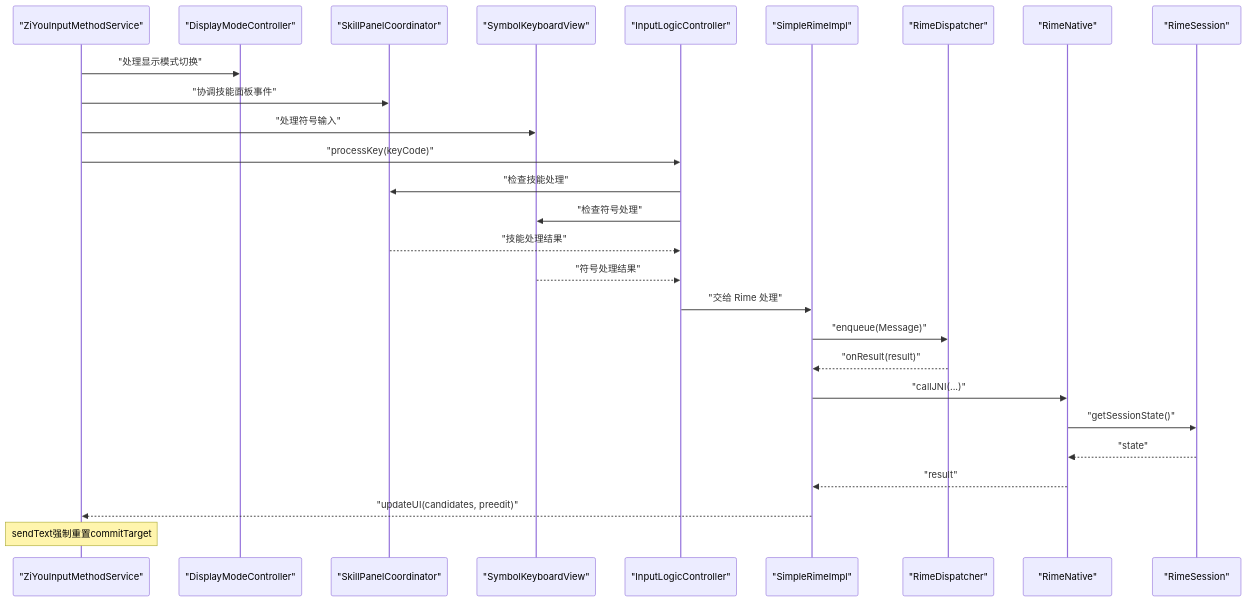
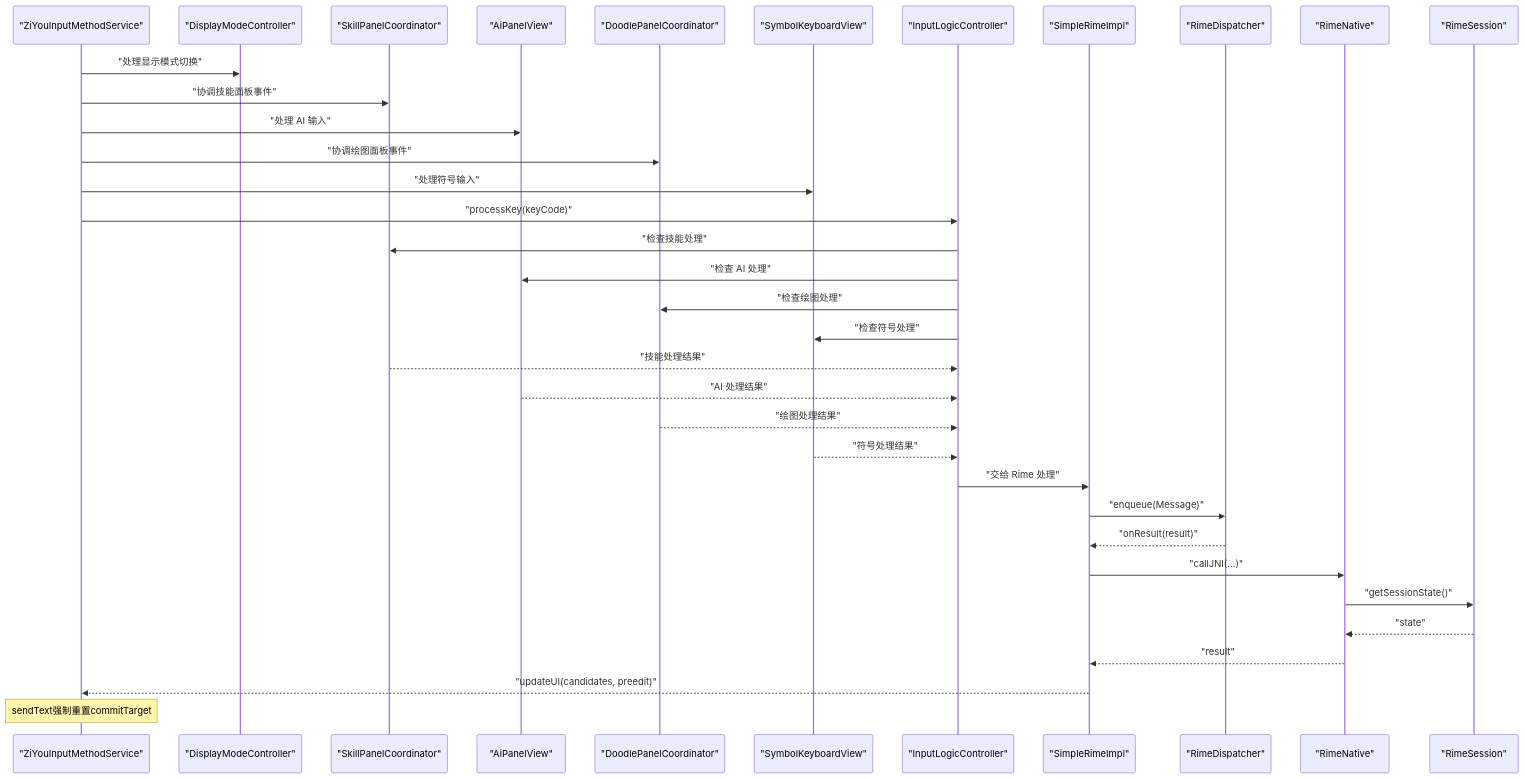
One commit to qiaodashaoye/ziyou-ime changed the fourth of 6 diagrams in .qoder/repowiki/zh/content/输入法服务.md. Above: the diagram before and after it, drawn with Mermaid. The commit also changed other lines of this file and 3 other files, not shown here.

````diff
--- a/.qoder/repowiki/zh/content/输入法服务.md
+++ b/.qoder/repowiki/zh/content/输入法服务.md
@@ -464,29 +597,37 @@
 ```mermaid
 sequenceDiagram
 participant Service as "ZiYouInputMethodService"
 participant ModeController as "DisplayModeController"
 participant SkillCoordinator as "SkillPanelCoordinator"
+participant AiPanel as "AiPanelView"
+participant DoodleCoordinator as "DoodlePanelCoordinator"
 participant SymbolView as "SymbolKeyboardView"
 participant Controller as "InputLogicController"
 participant Core as "SimpleRimeImpl"
 participant Disp as "RimeDispatcher"
 participant Native as "RimeNative"
 participant Session as "RimeSession"
 Service->>ModeController : "处理显示模式切换"
 Service->>SkillCoordinator : "协调技能面板事件"
+Service->>AiPanel : "处理 AI 输入"
+Service->>DoodleCoordinator : "协调绘图面板事件"
 Service->>SymbolView : "处理符号输入"
 Service->>Controller : "processKey(keyCode)"
 Controller->>SkillCoordinator : "检查技能处理"
+Controller->>AiPanel : "检查 AI 处理"
+Controller->>DoodleCoordinator : "检查绘图处理"
 Controller->>SymbolView : "检查符号处理"
 SkillCoordinator-->>Controller : "技能处理结果"
+AiPanel-->>Controller : "AI 处理结果"
+DoodleCoordinator-->>Controller : "绘图处理结果"
 SymbolView-->>Controller : "符号处理结果"
 Controller->>Core : "交给 Rime 处理"
 Core->>Disp : "enqueue(Message)"
 Disp-->>Core : "onResult(result)"
 Core->>Native : "callJNI(...)"
 Native->>Session : "getSessionState()"
 Session-->>Native : "state"
 Native-->>Core : "result"
 Core-->>Service : "updateUI(candidates, preedit)"
 Note over Service : sendText强制重置commitTarget
 ```
````
